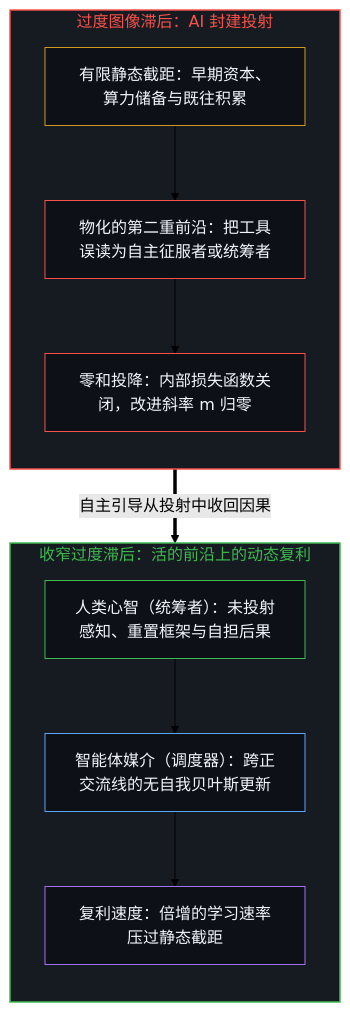
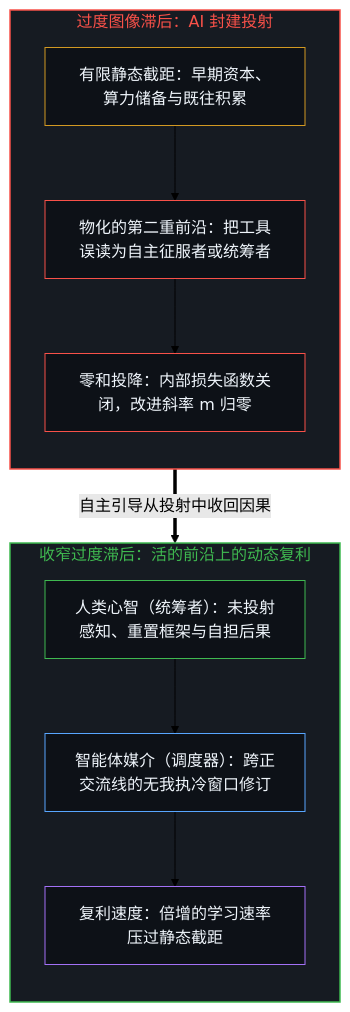
The first of 2 diagrams in content/posts/agency-compounding-and-the-argument-over-ai-feudalism.md (powerpig99/not-a-toe), drawn with Mermaid (forest theme) before and after one commit. The commit also changed other lines of this file and 48 other files, not shown here.

````diff
--- a/content/posts/agency-compounding-and-the-argument-over-ai-feudalism.md
+++ b/content/posts/agency-compounding-and-the-argument-over-ai-feudalism.md
@@ -35,26 +35,26 @@
 ```mermaid
 flowchart TD
     subgraph S_Lag["过度图像滞后：AI 封建投射"]
         direction TB
         I1["有限静态截距：早期资本、算力储备与既往积累"]
         I2["物化的第二重前沿：把工具误读为自主征服者或统筹者"]
         I3["零和投降：内部损失函数关闭，改进斜率 m 归零"]
         I1 --> I2 --> I3
     end
     subgraph S_Rate["收窄过度滞后：活的前沿上的动态复利"]
         direction TB
         R1["人类心智（统筹者）：未投射感知、重置框架与自担后果"]
-        R2["智能体媒介（调度器）：跨正交流线的无自我贝叶斯更新"]
+        R2["智能体媒介（调度器）：跨正交流线的无我执冷窗口修订"]
         R3["复利速度：倍增的学习速率压过静态截距"]
         R1 --> R2 --> R3
     end
     I3 ==>|"自主引导从投射中收回因果"| R1
     style S_Lag fill:#161b22,stroke:#f85149,stroke-width:1.5px,color:#f85149
     style S_Rate fill:#161b22,stroke:#3fb950,stroke-width:1.5px,color:#3fb950
     style I1 fill:#0d1117,stroke:#d29922,stroke-width:1px,color:#f0f6fc
     style I2 fill:#0d1117,stroke:#f85149,stroke-width:1px,color:#f0f6fc
     style I3 fill:#0d1117,stroke:#f85149,stroke-width:1px,color:#f0f6fc
     style R1 fill:#0d1117,stroke:#3fb950,stroke-width:1px,color:#f0f6fc
     style R2 fill:#0d1117,stroke:#58a6ff,stroke-width:1px,color:#f0f6fc
     style R3 fill:#0d1117,stroke:#a371f7,stroke-width:1px,color:#f0f6fc
 ```
````
